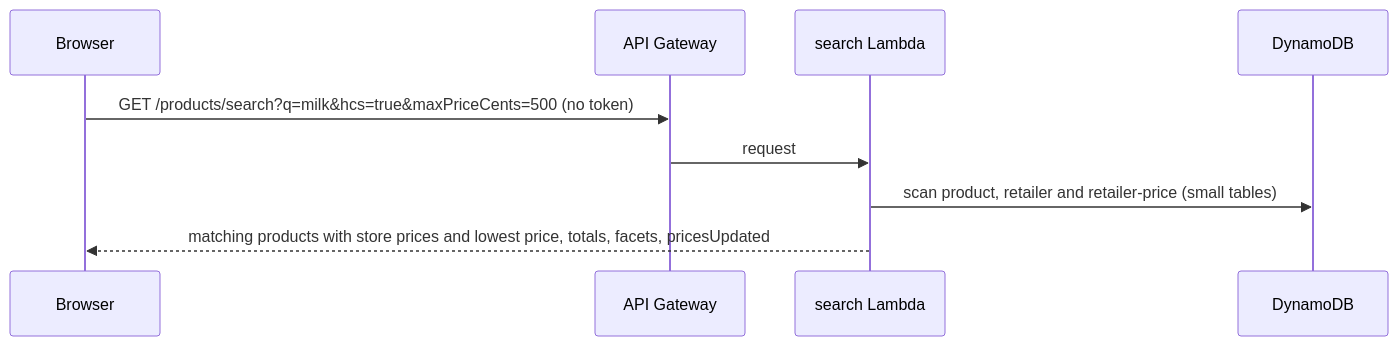
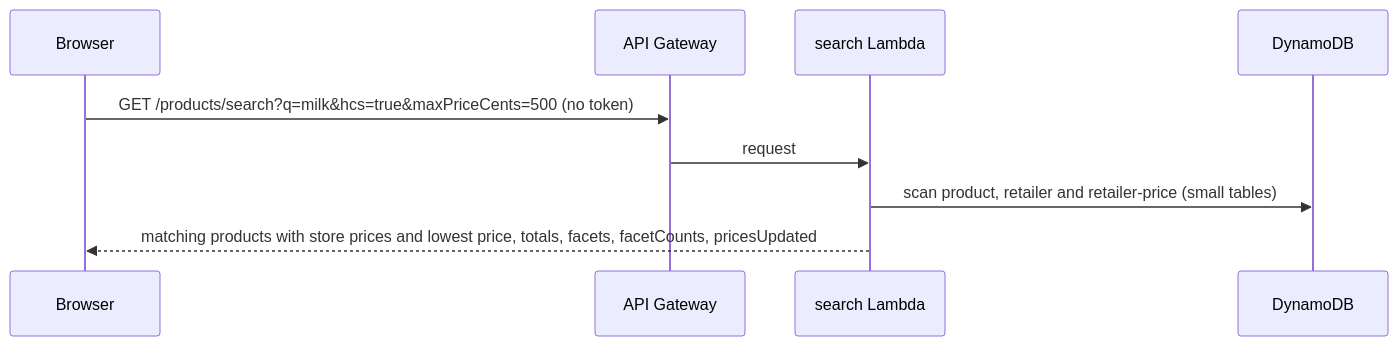
Before and after one commit to Gareth2-YS/TrolleySaver: the seventh of 7 diagrams in docs/architecture/ARCHITECTURE.md, drawn with Mermaid. The commit also changed other lines of this file and 26 other files, not shown here.

````diff
--- a/docs/architecture/ARCHITECTURE.md
+++ b/docs/architecture/ARCHITECTURE.md
@@ -233,11 +235,11 @@
 ```mermaid
 sequenceDiagram
     participant B as Browser
     participant A as API Gateway
     participant L as search Lambda
     participant D as DynamoDB
     B->>A: GET /products/search?q=milk&hcs=true&maxPriceCents=500 (no token)
     A->>L: request
     L->>D: scan product, retailer and retailer-price (small tables)
-    L-->>B: matching products with store prices and lowest price, totals, facets, pricesUpdated
+    L-->>B: matching products with store prices and lowest price, totals, facets, facetCounts, pricesUpdated
 ```
````
